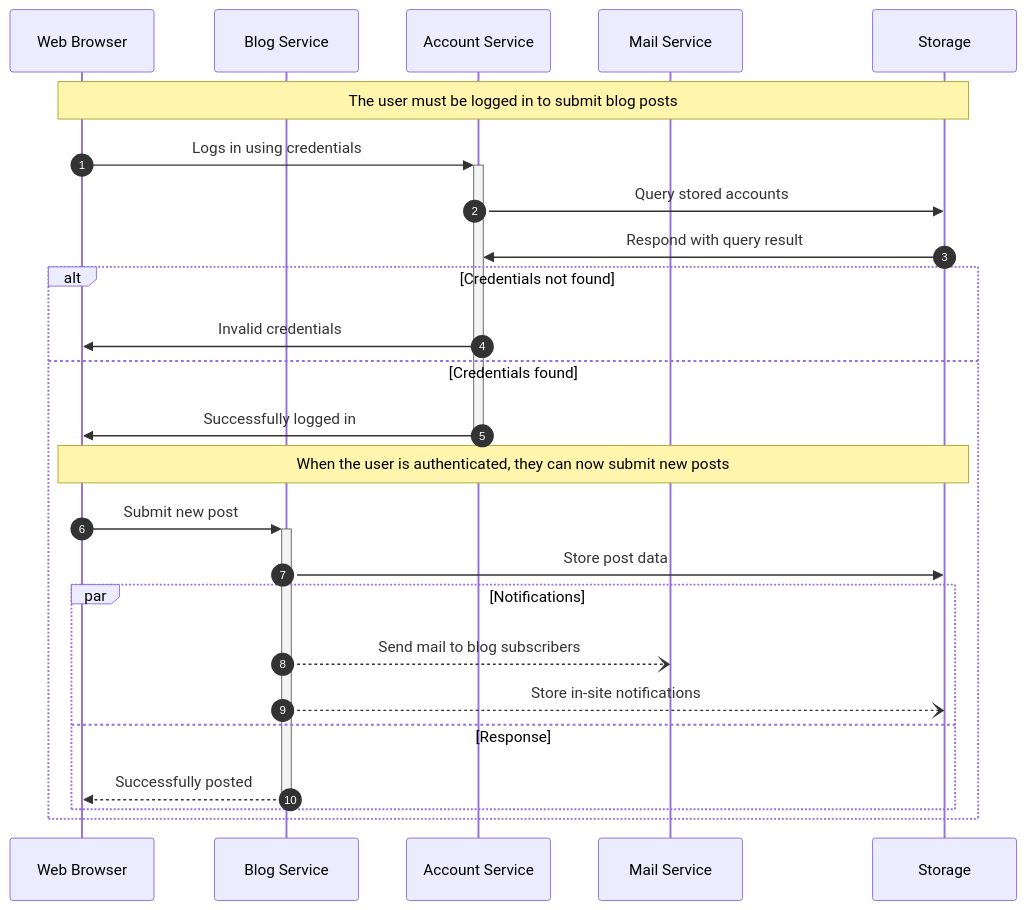
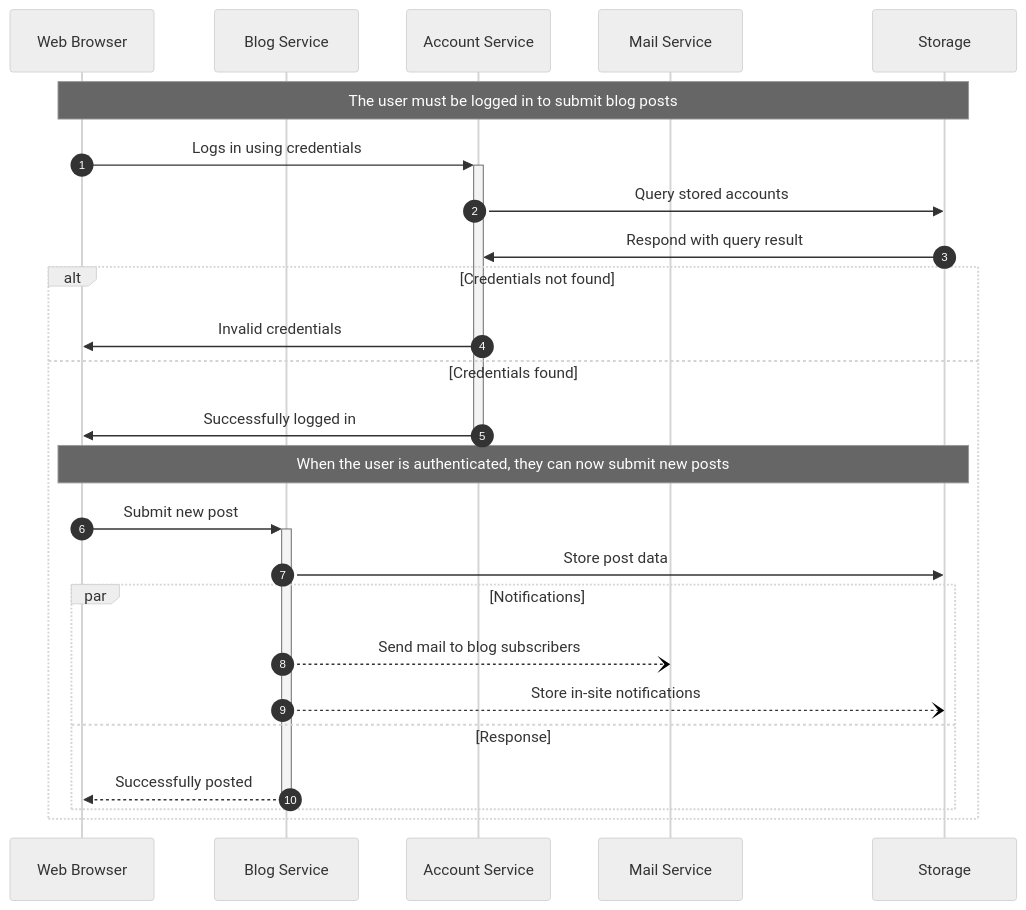
One commit to Kuziomkin/diagrams changed the fifth of 6 diagrams in erd_example.md. Above: the diagram before and after it, drawn with Mermaid.

````diff
--- a/erd_example.md
+++ b/erd_example.md
@@ -72,31 +72,37 @@
 ```mermaid
+---
+config:
+  layout: dagre
+  look: classic
+  theme: neutral
+---
     sequenceDiagram
         autonumber
         participant web as Web Browser
         participant blog as Blog Service
         participant account as Account Service
         participant mail as Mail Service
         participant db as Storage
     
         Note over web,db: The user must be logged in to submit blog posts
         web->>+account: Logs in using credentials
         account->>db: Query stored accounts
         db->>account: Respond with query result
     
         alt Credentials not found
             account->>web: Invalid credentials
         else Credentials found
             account->>-web: Successfully logged in
     
             Note over web,db: When the user is authenticated, they can now submit new posts
             web->>+blog: Submit new post
             blog->>db: Store post data
     
             par Notifications
                 blog--)mail: Send mail to blog subscribers
                 blog--)db: Store in-site notifications
             and Response
                 blog-->>-web: Successfully posted
             end
         end
 ```
````
